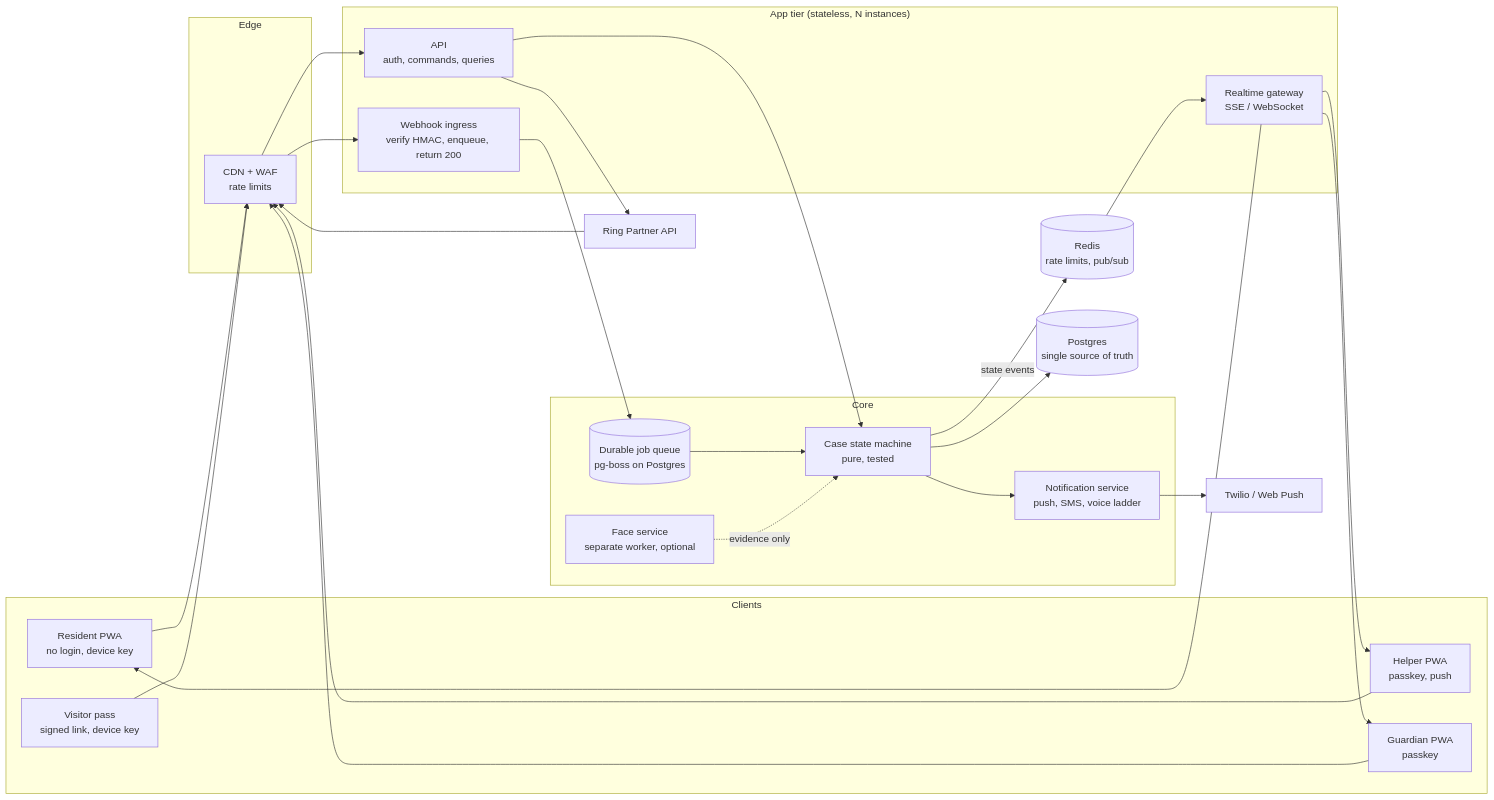
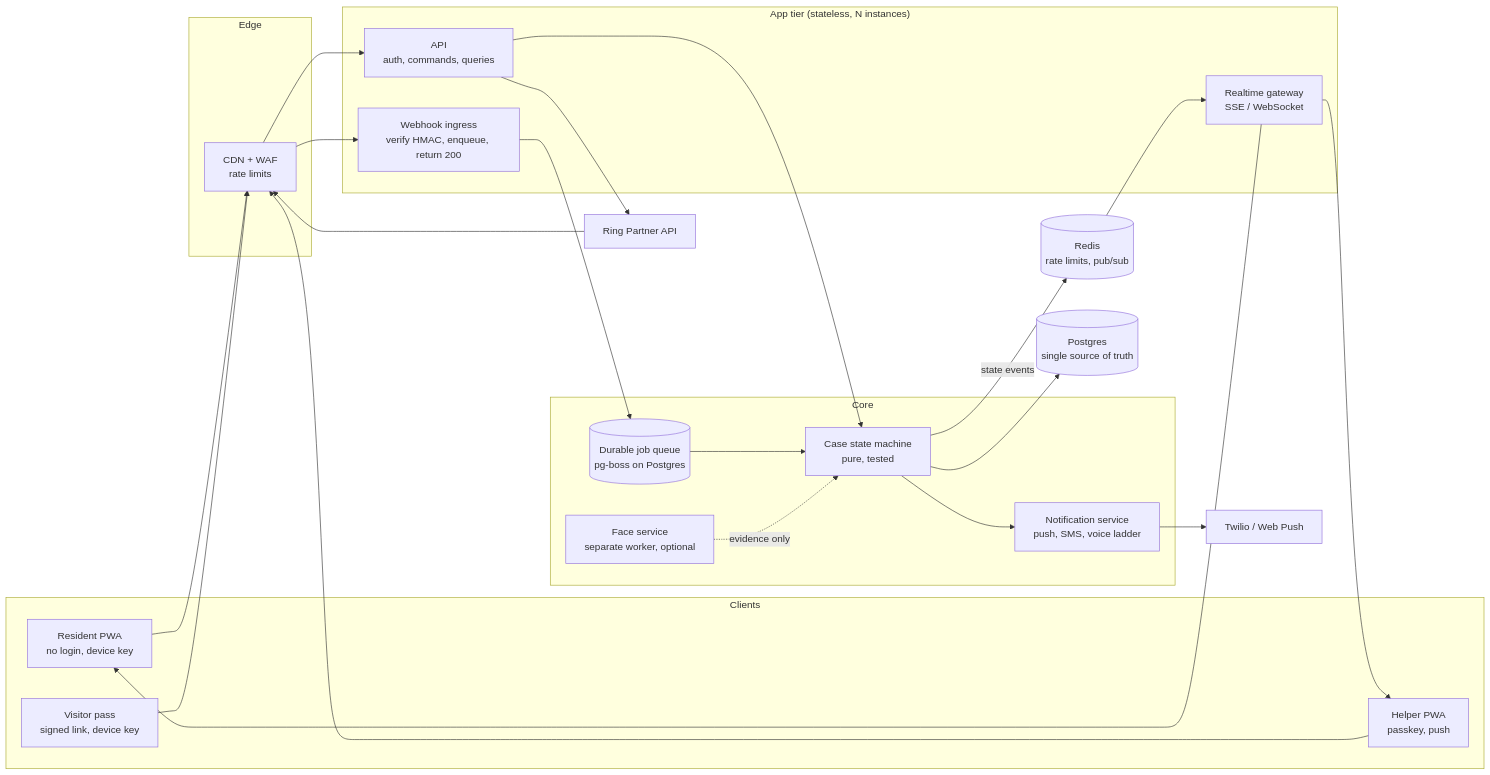
Before and after one commit to Adarsh-Dhar/ring: the first of 3 diagrams in Doorbell Helper v2_ Simpler Architecture.md, drawn with Mermaid. The commit also changed other lines of this file and 73 other files, not shown here.

````diff
--- a/Doorbell Helper v2_ Simpler Architecture.md
+++ b/Doorbell Helper v2_ Simpler Architecture.md
@@ -53,36 +52,35 @@
 ```mermaid
 flowchart LR
   subgraph Clients
     R[Resident PWA<br/>no login, device key]
     H[Helper PWA<br/>passkey, push]
-    G[Guardian PWA<br/>passkey]
     V[Visitor pass<br/>signed link, device key]
   end
   subgraph Edge
     CDN[CDN + WAF<br/>rate limits]
   end
   subgraph App["App tier (stateless, N instances)"]
     API[API<br/>auth, commands, queries]
     RT[Realtime gateway<br/>SSE / WebSocket]
     WH[Webhook ingress<br/>verify HMAC, enqueue, return 200]
   end
   subgraph Core["Core"]
     SM[Case state machine<br/>pure, tested]
     Q[(Durable job queue<br/>pg-boss on Postgres)]
     NS[Notification service<br/>push, SMS, voice ladder]
     FS[Face service<br/>separate worker, optional]
   end
   DB[(Postgres<br/>single source of truth)]
   RD[(Redis<br/>rate limits, pub/sub)]
   RING[Ring Partner API]
   TW[Twilio / Web Push]
 
-  R & H & G & V --> CDN --> API
+  R & H & V --> CDN --> API
   RING --> CDN --> WH --> Q
   API --> SM --> DB
   Q --> SM
   SM --> NS --> TW
-  SM -->|state events| RD --> RT --> R & H & G
+  SM -->|state events| RD --> RT --> R & H
   FS -.evidence only.-> SM
   API --> RING
 ```
````
